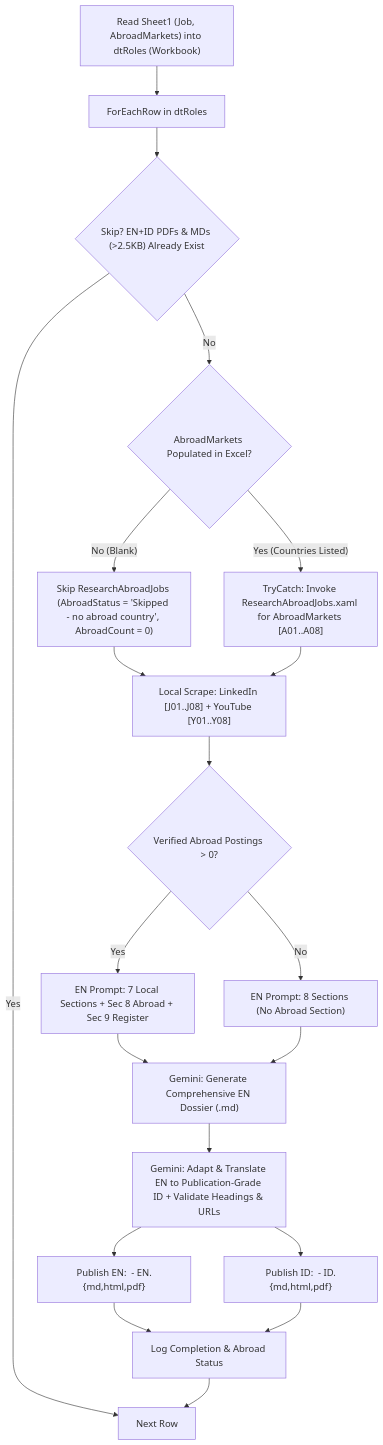
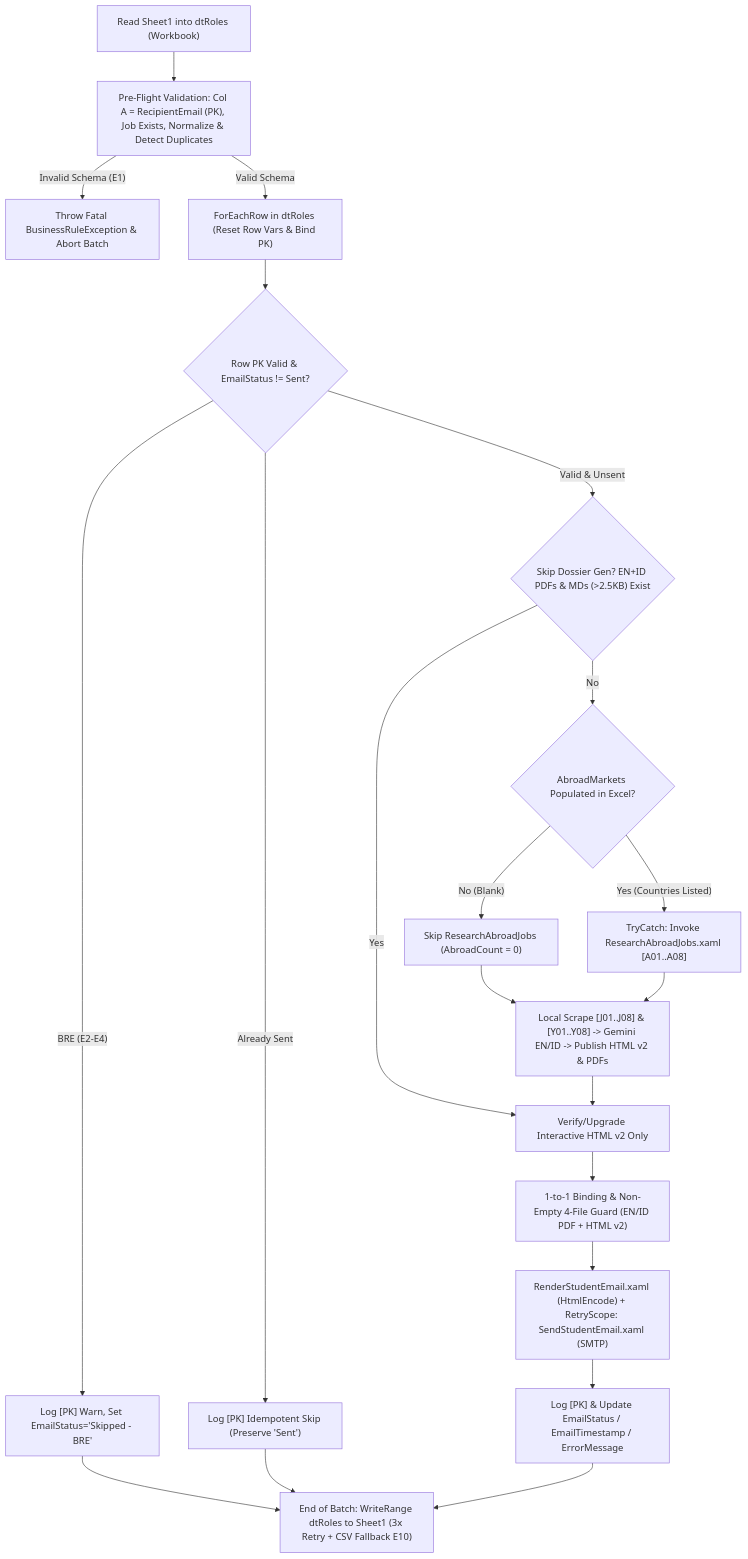
One commit to prayogizan/JourKa changed the diagram in README.md. Above: the diagram before and after it, drawn with Mermaid. The commit also changed other lines of this file and 22 other files, not shown here.

First line of the commit message:
feat(jk-rpa-010): attach bilingual interactive HTML dossiers to student emails

````diff
--- a/README.md
+++ b/README.md
@@ -39,22 +39,23 @@
 ```mermaid
 flowchart TD
-    A["Read Sheet1 (Job, AbroadMarkets) into dtRoles (Workbook)"] --> C["ForEachRow in dtRoles"]
-    C --> D{"Skip? EN+ID PDFs & MDs (>2.5KB) Already Exist"}
-    D -- "Yes" --> N["Next Row"]
-    D -- "No" --> E0{"AbroadMarkets Populated in Excel?"}
-    E0 -- "No (Blank)" --> E1["Skip ResearchAbroadJobs (AbroadStatus = 'Skipped - no abroad country', AbroadCount = 0)"]
-    E0 -- "Yes (Countries Listed)" --> E["TryCatch: Invoke ResearchAbroadJobs.xaml for AbroadMarkets [A01..A08]"]
-    E1 --> F["Local Scrape: LinkedIn [J01..J08] + YouTube [Y01..Y08]"]
+    A["Read Sheet1 into dtRoles (Workbook)"] --> B["Pre-Flight Validation: Col A = RecipientEmail (PK), Job Exists, Normalize &amp; Detect Duplicates"]
+    B -- "Invalid Schema (E1)" --> B_ERR["Throw Fatal BusinessRuleException &amp; Abort Batch"]
+    B -- "Valid Schema" --> C["ForEachRow in dtRoles (Reset Row Vars &amp; Bind PK)"]
+    C --> D{"Row PK Valid &amp; EmailStatus != Sent?"}
+    D -- "BRE (E2-E4)" --> N["Log [PK] Warn, Set EmailStatus='Skipped - BRE'"]
+    D -- "Already Sent" --> N2["Log [PK] Idempotent Skip (Preserve 'Sent')"]
+    D -- "Valid &amp; Unsent" --> D2{"Skip Dossier Gen? EN+ID PDFs &amp; MDs (>2.5KB) Exist"}
+    D2 -- "Yes" --> K0["Verify/Upgrade Interactive HTML v2 Only"]
+    D2 -- "No" --> E0{"AbroadMarkets Populated in Excel?"}
+    E0 -- "No (Blank)" --> E1["Skip ResearchAbroadJobs (AbroadCount = 0)"]
+    E0 -- "Yes (Countries Listed)" --> E["TryCatch: Invoke ResearchAbroadJobs.xaml [A01..A08]"]
+    E1 --> F["Local Scrape [J01..J08] &amp; [Y01..Y08] -> Gemini EN/ID -> Publish HTML v2 &amp; PDFs"]
     E --> F
-    F --> G{"Verified Abroad Postings > 0?"}
-    G -- "Yes" --> H["EN Prompt: 7 Local Sections + Sec 8 Abroad + Sec 9 Register"]
-    G -- "No" --> I["EN Prompt: 8 Sections (No Abroad Section)"]
-    H --> J["Gemini: Generate Comprehensive EN Dossier (.md)"]
-    I --> J
-    J --> K["Gemini: Adapt & Translate EN to Publication-Grade ID + Validate Headings & URLs"]
-    K --> L["Publish EN: <Role> - EN.{md,html,pdf}"]
-    K --> M["Publish ID: <Role> - ID.{md,html,pdf}"]
-    L --> O["Log Completion & Abroad Status"]
-    M --> O
-    O --> N
+    F --> K0
+    K0 --> G["1-to-1 Binding &amp; Non-Empty 4-File Guard (EN/ID PDF + HTML v2)"]
+    G --> R["RenderStudentEmail.xaml (HtmlEncode) + RetryScope: SendStudentEmail.xaml (SMTP)"]
+    R --> O["Log [PK] &amp; Update EmailStatus / EmailTimestamp / ErrorMessage"]
+    N --> W["End of Batch: WriteRange dtRoles to Sheet1 (3x Retry + CSV Fallback E10)"]
+    N2 --> W
+    O --> W
 ```
````
